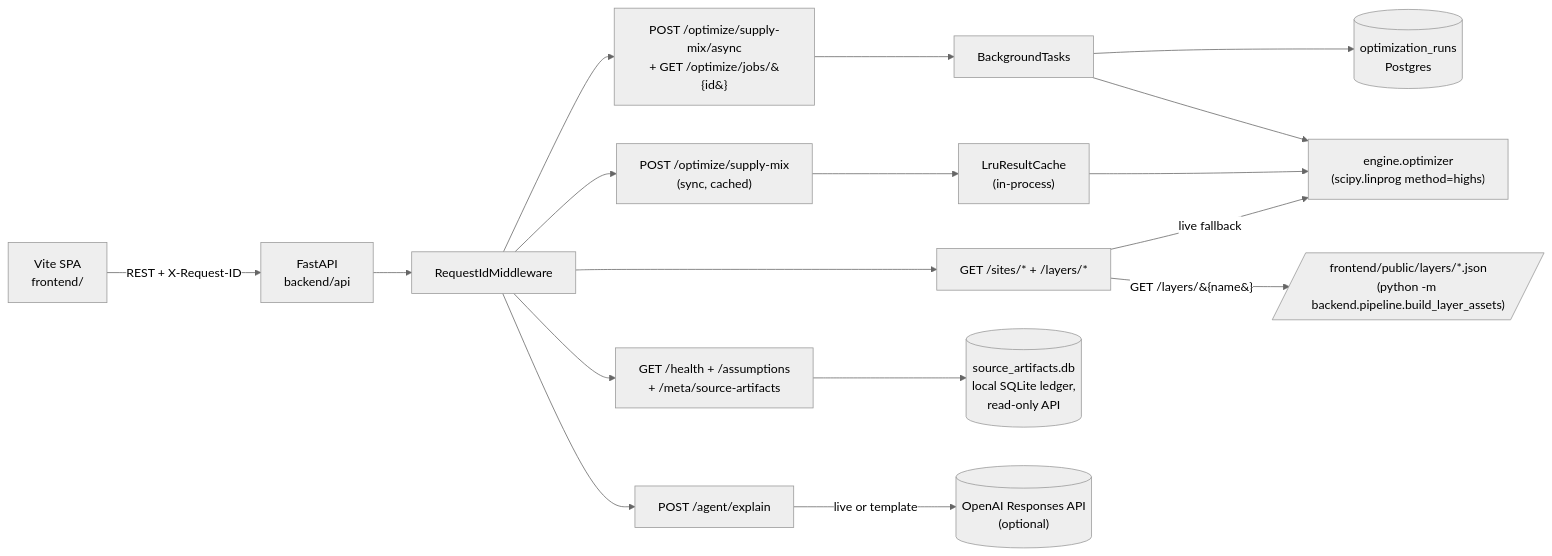
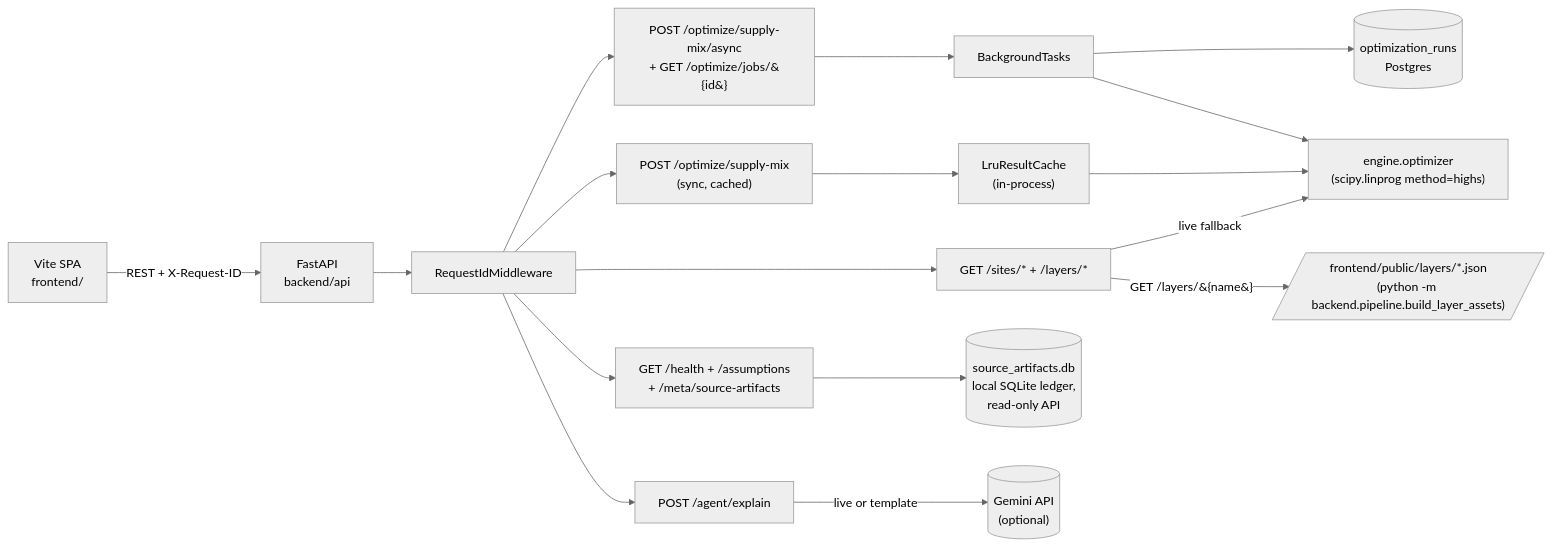
One commit to My-Hackathon-Projects/Loadstar-Data-Center-Siting-and-Power changed the first of 6 diagrams in public/docs/architecture.md. Above: the diagram before and after it, drawn with Mermaid (neutral theme). The commit also changed other lines of this file and 16 other files, not shown here.

Commit message:
Updating to Gemini API from OpenAI

````diff
--- a/public/docs/architecture.md
+++ b/public/docs/architecture.md
@@ -5,33 +5,33 @@
 ```mermaid
 flowchart LR
     SPA["Vite SPA<br/>frontend/"]
     API["FastAPI<br/>backend/api"]
     ReqId["RequestIdMiddleware"]
     SyncOpt["POST /optimize/supply-mix<br/>(sync, cached)"]
     AsyncOpt["POST /optimize/supply-mix/async<br/>+ GET /optimize/jobs/&#123;id&#125;"]
     Sites["GET /sites/* + /layers/*"]
     Agent["POST /agent/explain"]
     Meta["GET /health + /assumptions<br/>+ /meta/source-artifacts"]
     LRU["LruResultCache<br/>(in-process)"]
     BG["BackgroundTasks"]
     Engine["engine.optimizer<br/>(scipy.linprog method=highs)"]
     OptRuns[("optimization_runs<br/>Postgres")]
     Artifacts[("source_artifacts.db<br/>local SQLite ledger,<br/>read-only API")]
-    OpenAI[("OpenAI Responses API<br/>(optional)")]
+    Gemini[("Gemini API<br/>(optional)")]
     StaticLayers[/"frontend/public/layers/*.json<br/>(python -m backend.pipeline.build_layer_assets)"/]
 
     SPA -->|REST + X-Request-ID| API
     API --> ReqId
     ReqId --> SyncOpt
     ReqId --> AsyncOpt
     ReqId --> Sites
     ReqId --> Agent
     ReqId --> Meta
     Sites -->|GET /layers/&#123;name&#125;| StaticLayers
     Sites -->|live fallback| Engine
     SyncOpt --> LRU --> Engine
     AsyncOpt --> BG --> OptRuns
     BG --> Engine
-    Agent -->|live or template| OpenAI
+    Agent -->|live or template| Gemini
     Meta --> Artifacts
 ```
````
